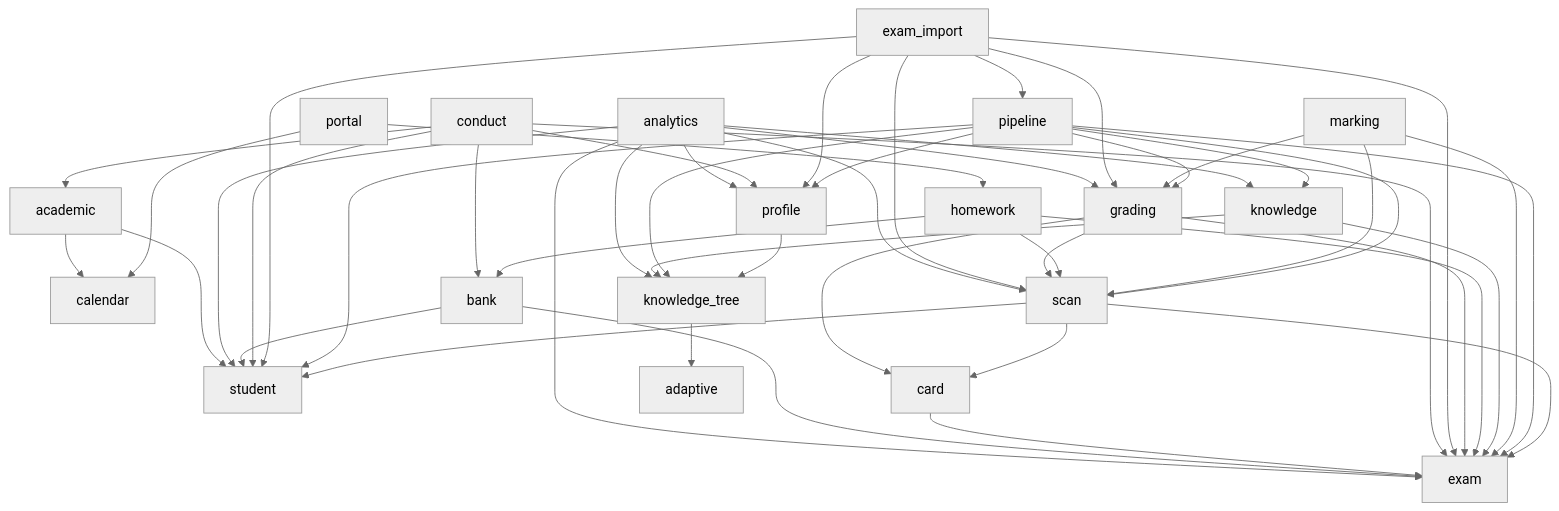
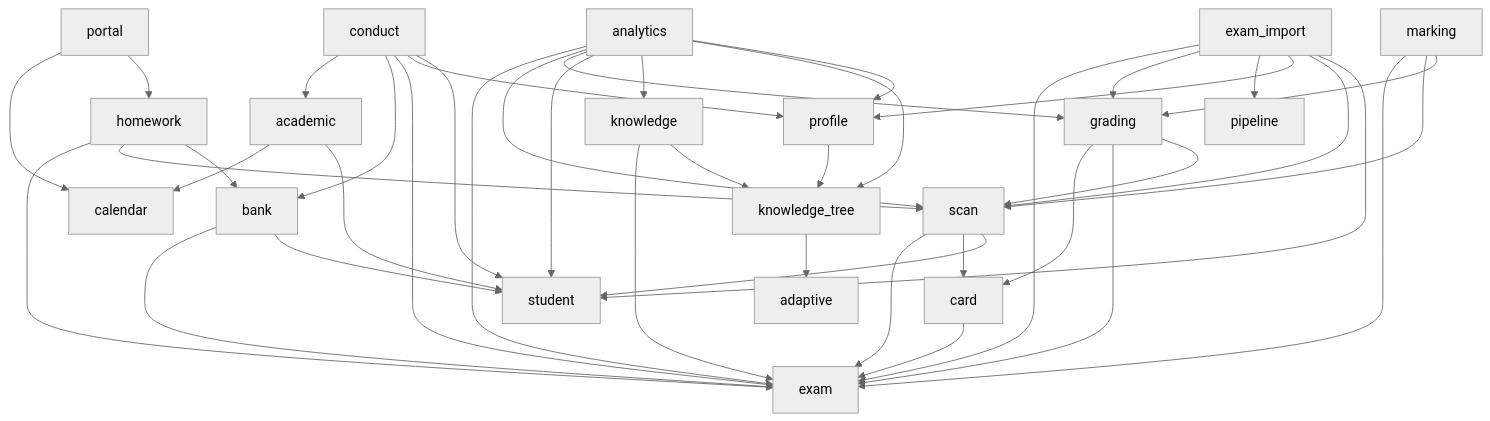
The diagram in docs/governance/dependency-graph.md (juanwan99/edu-cloud), drawn with Mermaid (neutral theme) before and after one commit. The commit also changed 9 other files, not shown here.

````diff
--- a/docs/governance/dependency-graph.md
+++ b/docs/governance/dependency-graph.md
@@ -5,51 +5,44 @@
 ```mermaid
 flowchart TD
   academic --> calendar
   academic --> student
   analytics --> exam
   analytics --> scan
   analytics --> grading
   analytics --> student
   analytics --> knowledge
   analytics --> knowledge_tree
   analytics --> profile
   bank --> exam
   bank --> student
   card --> exam
   conduct --> academic
   conduct --> bank
   conduct --> exam
   conduct --> profile
   conduct --> student
   exam_import --> exam
   exam_import --> grading
   exam_import --> pipeline
   exam_import --> profile
   exam_import --> scan
   exam_import --> student
   grading --> card
   grading --> exam
   grading --> scan
   homework --> exam
   homework --> scan
   homework --> bank
   knowledge --> exam
   knowledge --> knowledge_tree
   knowledge_tree --> adaptive
   marking --> exam
   marking --> scan
   marking --> grading
-  pipeline --> exam
-  pipeline --> grading
-  pipeline --> knowledge
-  pipeline --> knowledge_tree
-  pipeline --> profile
-  pipeline --> scan
-  pipeline --> student
   portal --> calendar
   portal --> homework
   profile --> knowledge_tree
   scan --> exam
   scan --> card
   scan --> student
 ```
````
